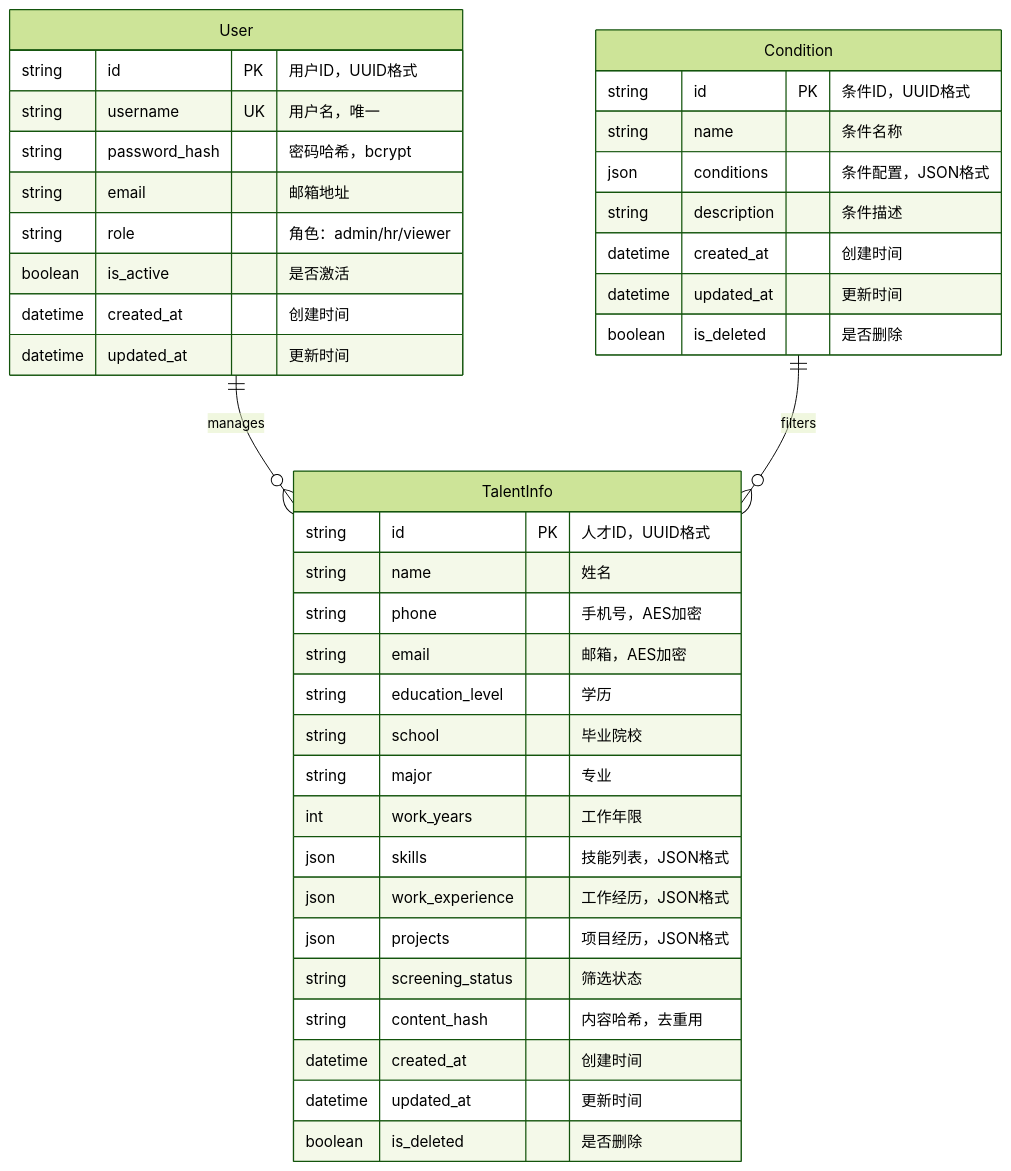
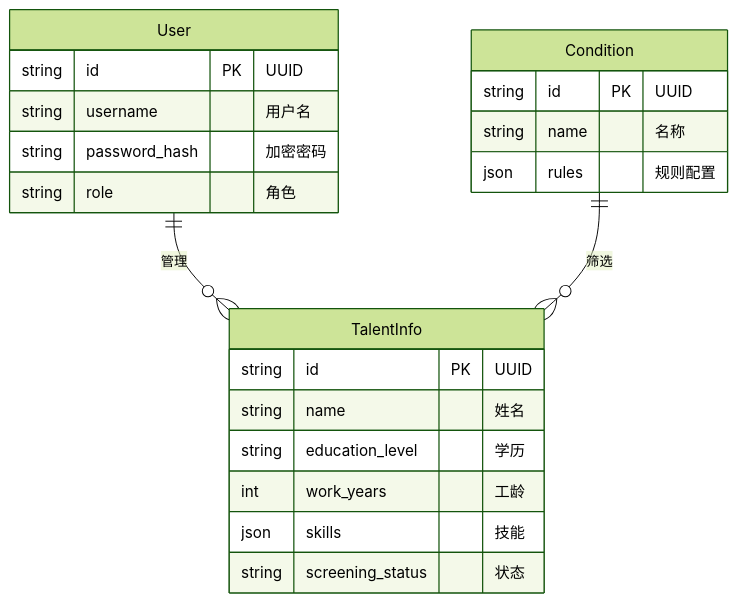
Before and after one commit to xt765/ResumeScreening: the sixth of 11 diagrams in docs/architecture.md, drawn with Mermaid (forest theme). The commit also changed other lines of this file and 5 other files, not shown here.

Commit message:
refactor: remove similarity score and update documentation diagrams

````diff
--- a/docs/architecture.md
+++ b/docs/architecture.md
@@ -430,45 +454,27 @@
 ```mermaid
 erDiagram
-    User ||--o{ TalentInfo : manages
-    Condition ||--o{ TalentInfo : filters
-  
+    User ||--o{ TalentInfo : "管理"
+    Condition ||--o{ TalentInfo : "筛选"
+    
     User {
-        string id PK "用户ID，UUID格式"
-        string username UK "用户名，唯一"
-        string password_hash "密码哈希，bcrypt"
-        string email "邮箱地址"
-        string role "角色：admin/hr/viewer"
-        boolean is_active "是否激活"
-        datetime created_at "创建时间"
-        datetime updated_at "更新时间"
+        string id PK "UUID"
+        string username "用户名"
+        string password_hash "加密密码"
+        string role "角色"
     }
-  
+    
     TalentInfo {
-        string id PK "人才ID，UUID格式"
+        string id PK "UUID"
         string name "姓名"
-        string phone "手机号，AES加密"
-        string email "邮箱，AES加密"
         string education_level "学历"
-        string school "毕业院校"
-        string major "专业"
-        int work_years "工作年限"
-        json skills "技能列表，JSON格式"
-        json work_experience "工作经历，JSON格式"
-        json projects "项目经历，JSON格式"
-        string screening_status "筛选状态"
-        string content_hash "内容哈希，去重用"
-        datetime created_at "创建时间"
-        datetime updated_at "更新时间"
-        boolean is_deleted "是否删除"
+        int work_years "工龄"
+        json skills "技能"
+        string screening_status "状态"
     }
-  
+    
     Condition {
-        string id PK "条件ID，UUID格式"
-        string name "条件名称"
-        json conditions "条件配置，JSON格式"
-        string description "条件描述"
-        datetime created_at "创建时间"
-        datetime updated_at "更新时间"
-        boolean is_deleted "是否删除"
+        string id PK "UUID"
+        string name "名称"
+        json rules "规则配置"
     }
 ```
````
